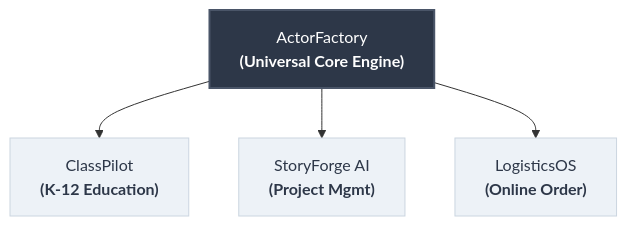
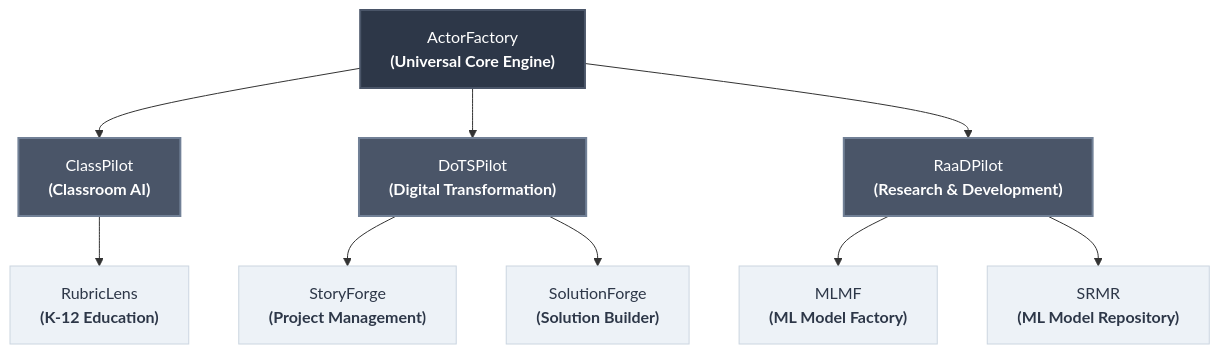
Before and after one commit to petergdoyle/actor-factory: the diagram in README.md, drawn with Mermaid. The commit also changed 2 other files, not shown here.

Commit message:
feat: add delete to Composer, update topology diagram, add storage layer docs with ER diagrams

````diff
--- a/README.md
+++ b/README.md
@@ -13,20 +13,39 @@
 ```mermaid
 flowchart TD
-    %% Nodes
+    %% Core Engine
     Core["ActorFactory<br/><b>(Universal Core Engine)</b>"]
-    
-    Edu["ClassPilot<br/><b>(K-12 Education)</b>"]
-    Story["StoryForge AI<br/><b>(Project Mgmt)</b>"]
-    Log["LogisticsOS<br/><b>(Online Order)</b>"]
+
+    %% Pilot Groups
+    CP["ClassPilot<br/><b>(Classroom AI)</b>"]
+    DP["DoTSPilot<br/><b>(Digital Transformation)</b>"]
+    RP["RaaDPilot<br/><b>(Research & Development)</b>"]
+
+    %% Downstream Applications
+    RL["RubricLens<br/><b>(K-12 Education)</b>"]
+    SF["StoryForge<br/><b>(Project Management)</b>"]
+    SolF["SolutionForge<br/><b>(Solution Builder)</b>"]
+    MLMF["MLMF<br/><b>(ML Model Factory)</b>"]
+    SRMR["SRMR<br/><b>(ML Model Repository)</b>"]
 
     %% Relationships
-    Core --> Edu
-    Core --> Story
-    Core --> Log
+    Core --> CP
+    Core --> DP
+    Core --> RP
+
+    CP --> RL
+    DP --> SF
+    DP --> SolF
+    RP --> MLMF
+    RP --> SRMR
 
     %% Styling
     style Core fill:#2d3748,stroke:#4a5568,stroke-width:2px,color:#fff
-    style Edu fill:#edf2f7,stroke:#cbd5e0,stroke-width:1px,color:#2d3748
-    style Story fill:#edf2f7,stroke:#cbd5e0,stroke-width:1px,color:#2d3748
-    style Log fill:#edf2f7,stroke:#cbd5e0,stroke-width:1px,color:#2d3748
+    style CP fill:#4a5568,stroke:#718096,stroke-width:2px,color:#fff
+    style DP fill:#4a5568,stroke:#718096,stroke-width:2px,color:#fff
+    style RP fill:#4a5568,stroke:#718096,stroke-width:2px,color:#fff
+    style RL fill:#edf2f7,stroke:#cbd5e0,stroke-width:1px,color:#2d3748
+    style SF fill:#edf2f7,stroke:#cbd5e0,stroke-width:1px,color:#2d3748
+    style SolF fill:#edf2f7,stroke:#cbd5e0,stroke-width:1px,color:#2d3748
+    style MLMF fill:#edf2f7,stroke:#cbd5e0,stroke-width:1px,color:#2d3748
+    style SRMR fill:#edf2f7,stroke:#cbd5e0,stroke-width:1px,color:#2d3748
 ```
````
